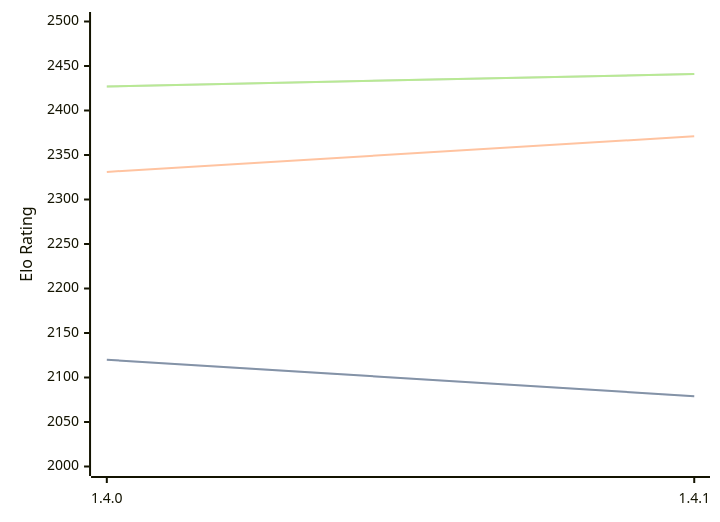
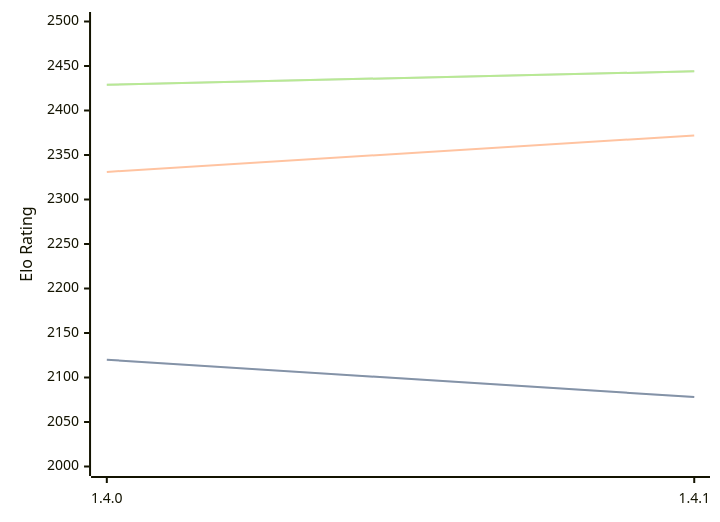
Before and after one commit to computer-chess-index/cci: the diagram in engines/Tofiks.md, drawn with Mermaid. The commit also changed other lines of this file, not shown here.

Commit message:
Update CCI Ratings (ELO VLTC) - 2026-04-19

````diff
--- a/engines/Tofiks.md
+++ b/engines/Tofiks.md
@@ -36,11 +36,11 @@
 ```mermaid
 %%{init: {"theme":"base","themeVariables":{"seriesColors:['#a3a3a3','#222221','#faa371']}}}%%
 xychart-beta
   x-axis ["1.4.0", "1.4.1"]
   y-axis "Elo Rating" 2000 --> 2500
-  line "STC (8.0+0.08s)" [2120, 2079]
-  line "STC (8.0+0.08s)" [2120, 2079]
-  line "LTC (60.0+0.60s)" [2331, 2371]
-  line "VLTC (2m24s+1.12s)" [2427, 2441]
-  line "VLTC (2m24s+1.12s)" [2427, 2441]
+  line "STC (8.0+0.08s)" [2120, 2078]
+  line "STC (8.0+0.08s)" [2120, 2078]
+  line "LTC (60.0+0.60s)" [2331, 2372]
+  line "VLTC (2m24s+1.12s)" [2429, 2444]
+  line "VLTC (2m24s+1.12s)" [2429, 2444]
 ```
````
